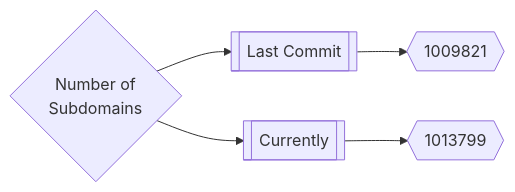
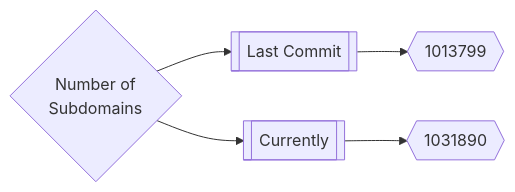
One commit to trickest/inventory changed the first of 3 diagrams in README.md. Above: the diagram before and after it, drawn with Mermaid. The commit also changed other lines of this file and 151 other files, not shown here.

````diff
--- a/README.md
+++ b/README.md
@@ -165,5 +165,5 @@
 ```mermaid
 graph LR
-title{Number of<br>Subdomains} --> subdomainsDate1[[Last Commit]] --> subdomainsNum1{{1009821}}
-title --> subdomainsDate2[[Currently]] --> subdomainsNum2{{1013799}}
+title{Number of<br>Subdomains} --> subdomainsDate1[[Last Commit]] --> subdomainsNum1{{1013799}}
+title --> subdomainsDate2[[Currently]] --> subdomainsNum2{{1031890}}
 ```
````
